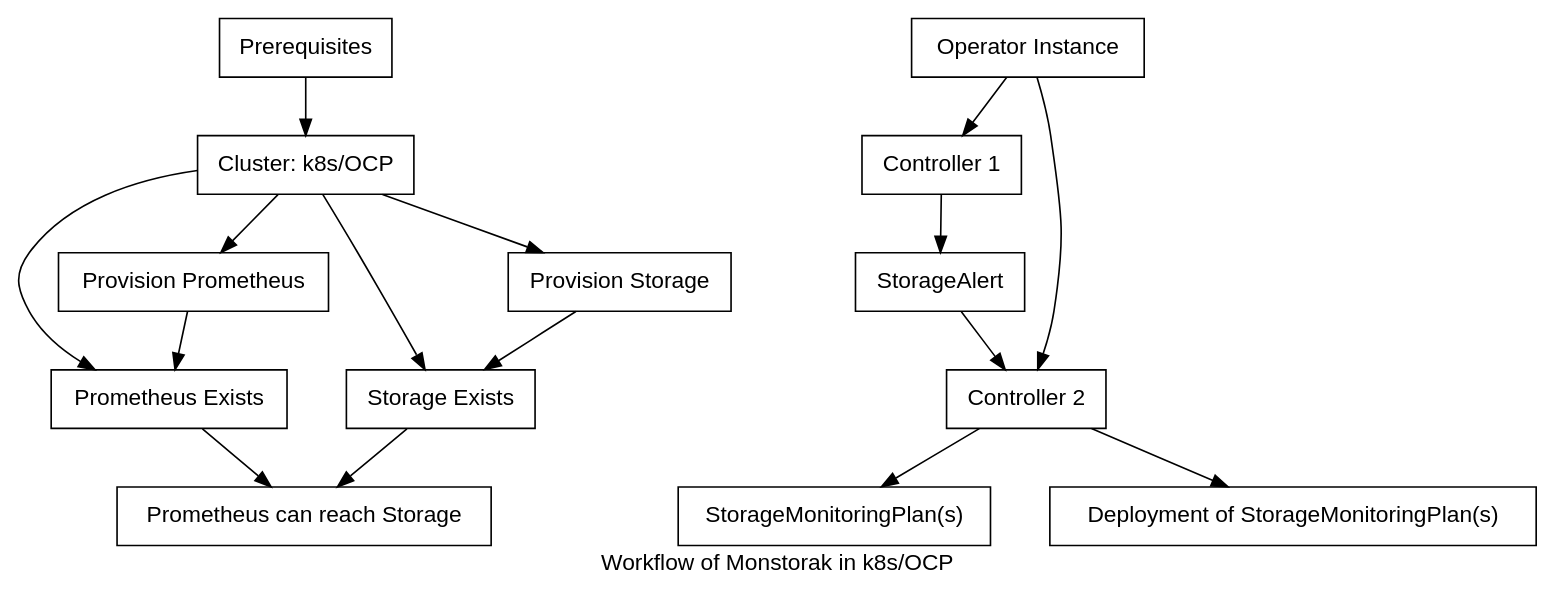
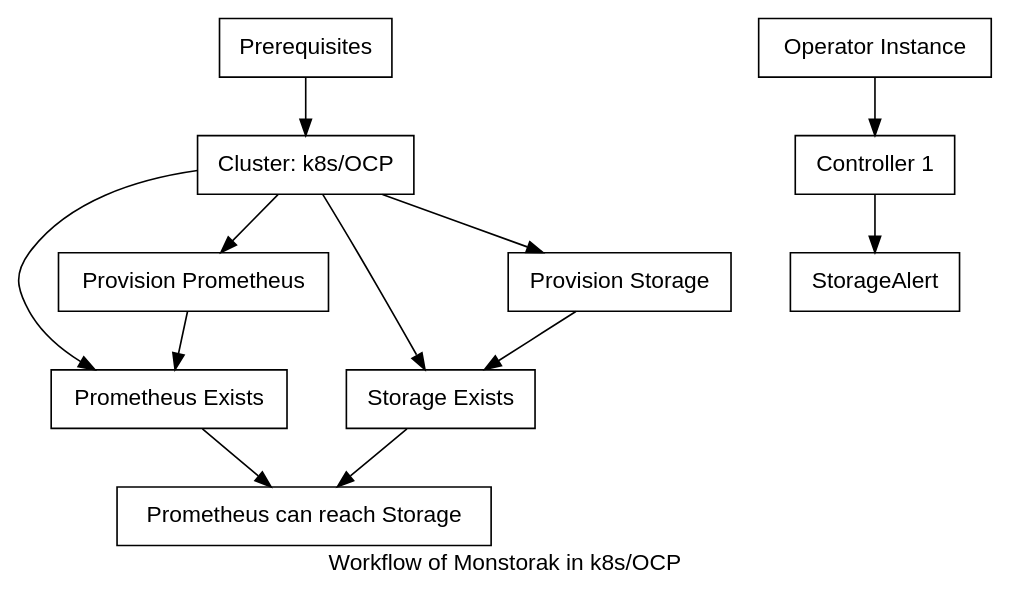
The diagram in docs/Developers/Design/workflow.dot (monstorak/monstorak-operator), drawn with Graphviz before and after one commit. The commit also changed 6 other files, not shown here.

```diff
--- a/docs/Developers/Design/workflow.dot
+++ b/docs/Developers/Design/workflow.dot
@@ -1,49 +1,42 @@
 # dot -Tpng -O <this_file>
 
 digraph {
   label="Workflow of Monstorak in k8s/OCP"
   fontname="helvetica"
   nodesep=0.5
 
   node [
     shape=rect
     fontname="helvetica"
   ]
 
   edge [
     dir=forward
     fontname="helvetica"
   ]
   pre [label="Prerequisites"]
   pre->c1
 
   c1 [label="Cluster: k8s/OCP"]
   c1->p1, p2
   c1->s1, s2
 
   p1 [label="Prometheus Exists"]
   p2 [label="Provision Prometheus"]
   p2->p1
 
   s1 [label="Storage Exists"]
   s2 [label="Provision Storage"]
   s2->s1
 
   ps1 [label="Prometheus can reach Storage"]
   p1->ps1
   s1->ps1
 
   op [label="Operator Instance"]
-  op->controller1, controller2
+  op->controller1
 
   controller1 [label="Controller 1"]
   controller1->cr1
   cr1 [label="StorageAlert"]
-  cr1->controller2
-  controller2 [label="Controller 2"]
-  controller2->cr4
-  cr4 [label="StorageMonitoringPlan(s)"]
-
-  controller2->deploy
-  deploy [label="Deployment of StorageMonitoringPlan(s)"]
 }
```
